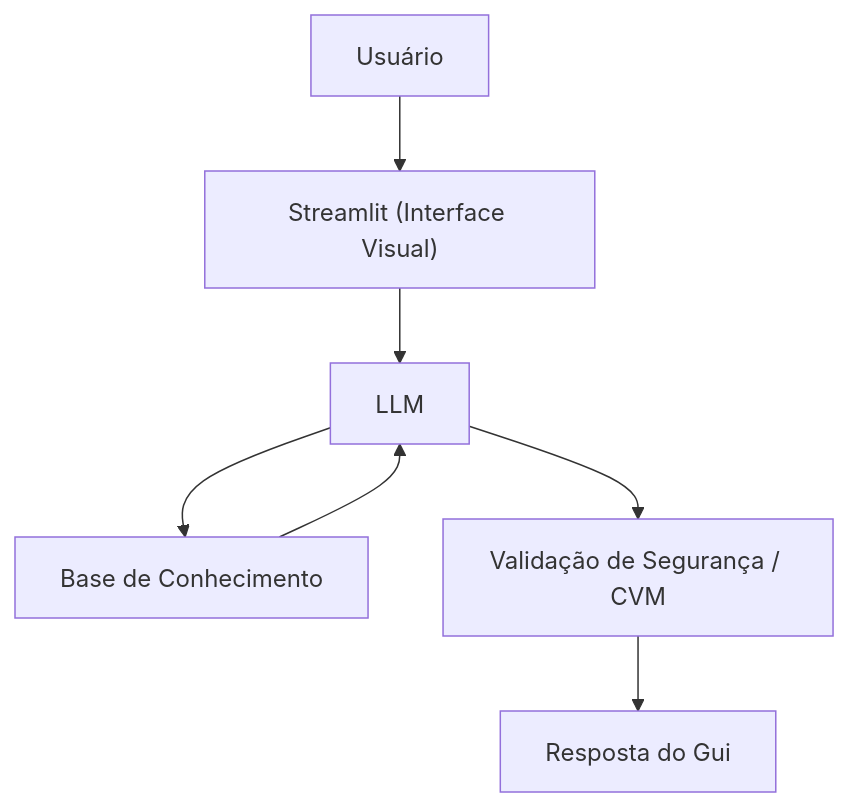
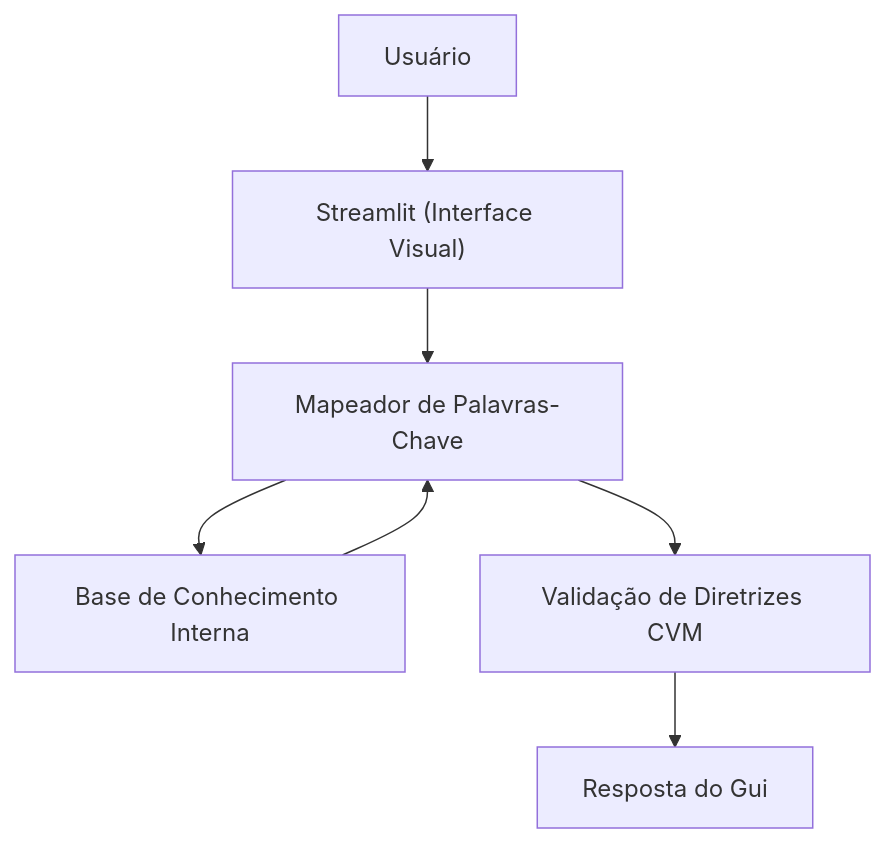
The diagram in docs/01-documentacao-agente.md (Fabiosd7/dio-lab-bia-do-futuro), drawn with Mermaid before and after one commit.

Commit message:
Revise flowchart in documentation
Updated flowchart to reflect changes in components and validation.

````diff
--- a/docs/01-documentacao-agente.md
+++ b/docs/01-documentacao-agente.md
@@ -51,10 +51,9 @@
 ```mermaid
-flowchart TD
+graph TD
     A[Usuário] --> B["Streamlit (Interface Visual)"]
-    B --> C[LLM]
-    C --> D[Base de Conhecimento]
+    B --> C[Mapeador de Palavras-Chave]
+    C --> D[Base de Conhecimento Interna]
     D --> C
-    C --> E[Validação de Segurança / CVM]
+    C --> E[Validação de Diretrizes CVM]
     E --> F[Resposta do Gui]
-
 ```
````
